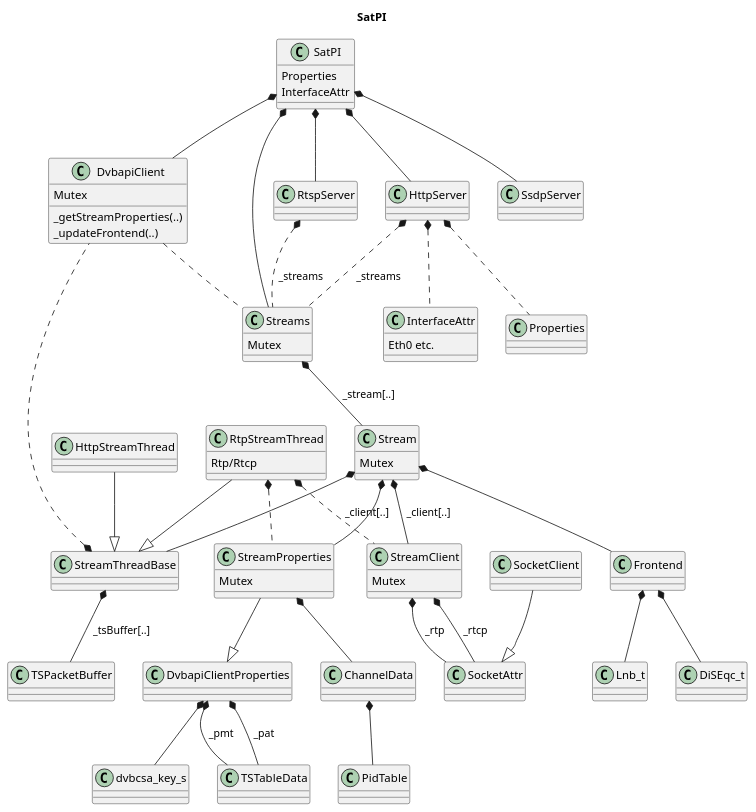
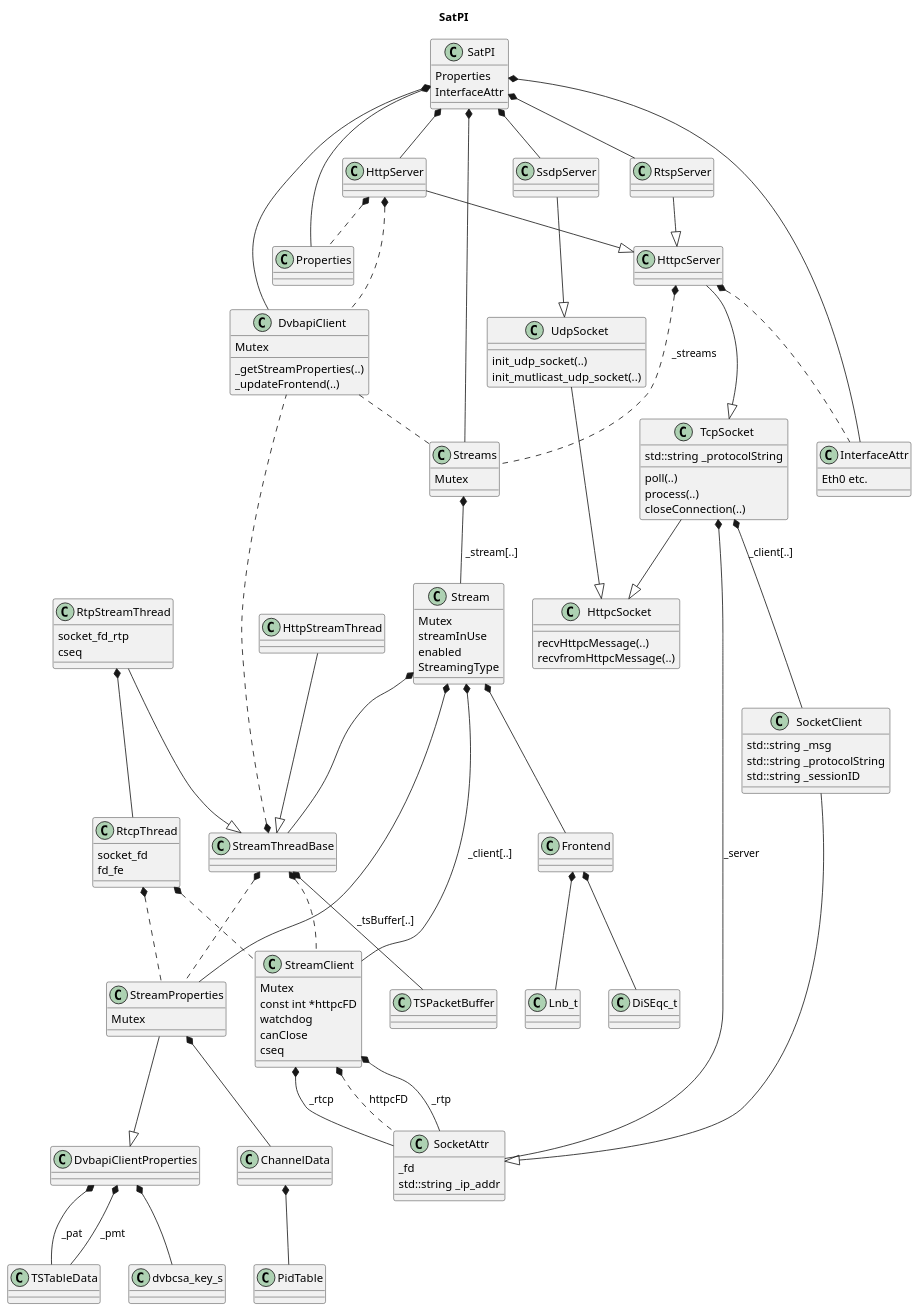
Before and after one commit to Barracuda09/SATPI: the diagram in SatPI.plantuml, drawn with PlantUML. The commit also changed other lines of this file and 46 other files, not shown here.

Commit message:
Add HTTP Streaming support. Fixed some issues. And migrated some more code to C++11

```diff
--- a/SatPI.plantuml
+++ b/SatPI.plantuml
@@ -1,89 +1,141 @@
 @startuml
 
 hide footbox
 
 title SatPI
 
 SatPI *-- DvbapiClient
 SatPI *-- Streams
 SatPI *-- RtspServer
 SatPI *-- HttpServer
 SatPI *-- SsdpServer
+SatPI *-- Properties
+SatPI *-- InterfaceAttr
+
 
 class SatPI {
   Properties
   InterfaceAttr
 }
 
 class InterfaceAttr {
   Eth0 etc.
 }
 
-RtspServer *.. Streams : " _streams "
+class HttpcSocket {
+  recvHttpcMessage(..)
+  recvfromHttpcMessage(..)
+}
 
-HttpServer *.. Streams : " _streams "
+SocketClient --|> SocketAttr
+class SocketClient {
+  std::string _msg
+  std::string _protocolString
+  std::string _sessionID
+}
+
+class SocketAttr {
+  _fd
+  std::string _ip_addr
+}
+
+TcpSocket --|> HttpcSocket
+TcpSocket *-- SocketAttr : "_server"
+TcpSocket *-- SocketClient : "_client[..]"
+class TcpSocket {
+  poll(..)
+  process(..)
+  closeConnection(..)
+  std::string _protocolString
+}
+
+UdpSocket --|> HttpcSocket
+class UdpSocket {
+  init_udp_socket(..)
+  init_mutlicast_udp_socket(..)
+}
+
+SsdpServer --|> UdpSocket
+
+RtspServer --|> HttpcServer
+
+HttpServer --|> HttpcServer
 HttpServer *.. Properties
-HttpServer *.. InterfaceAttr
+HttpServer *.. DvbapiClient
+
+HttpcServer --|> TcpSocket
+HttpcServer *.. Streams : "_streams"
+HttpcServer *.. InterfaceAttr
 
 Stream *-- StreamClient : " _client[..] "
 Stream *-- StreamProperties
 Stream *-- Frontend
 Stream *-- StreamThreadBase
+class Stream {
+  Mutex
+  streamInUse
+  enabled
+  StreamingType
+}
 
 Streams *-- Stream : " _stream[..] "
+class Streams {
+  Mutex
+}
 
 StreamClient *-- SocketAttr : " _rtp "
 StreamClient *-- SocketAttr : " _rtcp "
+StreamClient *.. SocketAttr : " httpcFD "
+class StreamClient {
+  Mutex
+  const int *httpcFD
+  watchdog
+  canClose
+  cseq
+}
 
 StreamThreadBase *.. DvbapiClient
 StreamThreadBase *-- TSPacketBuffer : " _tsBuffer[..] "
+StreamThreadBase *.. StreamClient
+StreamThreadBase *.. StreamProperties
+
 
 RtpStreamThread --|> StreamThreadBase
-RtpStreamThread *.. StreamProperties
-RtpStreamThread *.. StreamClient : " _client[..] "
+RtpStreamThread *-- RtcpThread
+class RtpStreamThread {
+  socket_fd_rtp
+  cseq
+}
+
+RtcpThread *.. StreamClient
+RtcpThread *.. StreamProperties
+class RtcpThread {
+  socket_fd
+  fd_fe
+}
 
 HttpStreamThread --|> StreamThreadBase
-
-SocketClient --|> SocketAttr
 
 DvbapiClientProperties *-- dvbcsa_key_s
 DvbapiClientProperties *-- TSTableData : " _pat "
 DvbapiClientProperties *-- TSTableData : " _pmt "
 
 StreamProperties *-- ChannelData
 StreamProperties --|> DvbapiClientProperties
+class StreamProperties {
+  Mutex
+}
 
 DvbapiClient  .  Streams
+class DvbapiClient {
+  Mutex
+  _getStreamProperties(..)
+  _updateFrontend(..)
+}
 
 Frontend *-- Lnb_t
 Frontend *-- DiSEqc_t
 
 ChannelData *-- PidTable
 
-class Stream {
-  Mutex
-}
-
-class Streams {
-  Mutex
-}
-
-class StreamProperties {
-  Mutex
-}
-
-class StreamClient {
-  Mutex
-}
-
-class DvbapiClient {
-  Mutex
-  _getStreamProperties(..)
-  _updateFrontend(..)
-}
-
-class RtpStreamThread {
-  Rtp/Rtcp
-}
-
 @enduml
```
